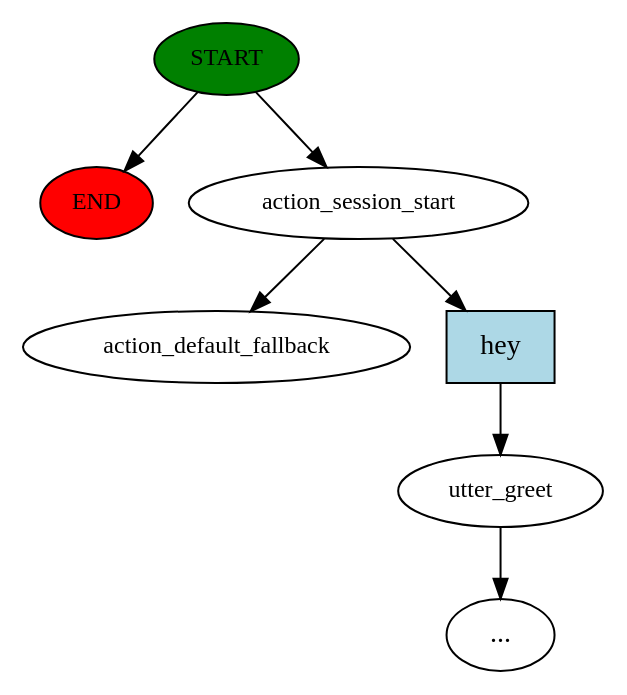
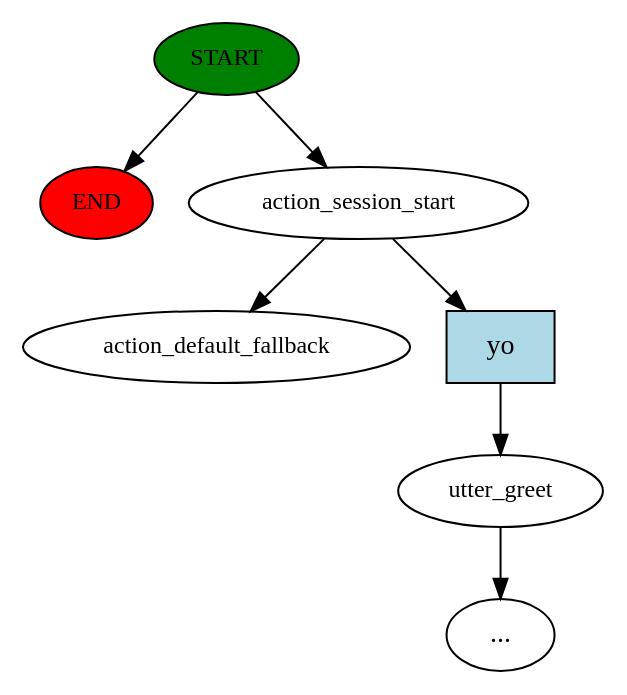
Before and after one commit to erees1/chefbot: the diagram in bot/story_graph.dot, drawn with Graphviz. The commit also changed 4 other files, not shown here.

Commit message:
updated dialogue flow

```diff
--- a/bot/story_graph.dot
+++ b/bot/story_graph.dot
@@ -1,15 +1,15 @@
 digraph  {
 0 [class="start active", fillcolor=green, fontsize=12, label=START, style=filled];
 "-1" [class=end, fillcolor=red, fontsize=12, label=END, style=filled];
 1 [class=active, fontsize=12, label=action_session_start];
 2 [class="", fontsize=12, label=utter_greet];
 "-3" [class=ellipsis, label="..."];
 4 [class="dashed active", fontsize=12, label=action_default_fallback];
-5 [class=intent, fillcolor=lightblue, label=hey, shape=rect, style=filled];
+5 [class=intent, fillcolor=lightblue, label=yo, shape=rect, style=filled];
 0 -> "-1"  [class="", key=NONE, label=""];
 0 -> 1  [class=active, key=NONE, label=""];
 1 -> 4  [class=active, key=NONE, label=""];
 1 -> 5  [class="", key=0];
 2 -> "-3"  [class="", key=NONE, label=""];
 5 -> 2  [class="", key=0];
 }
```
